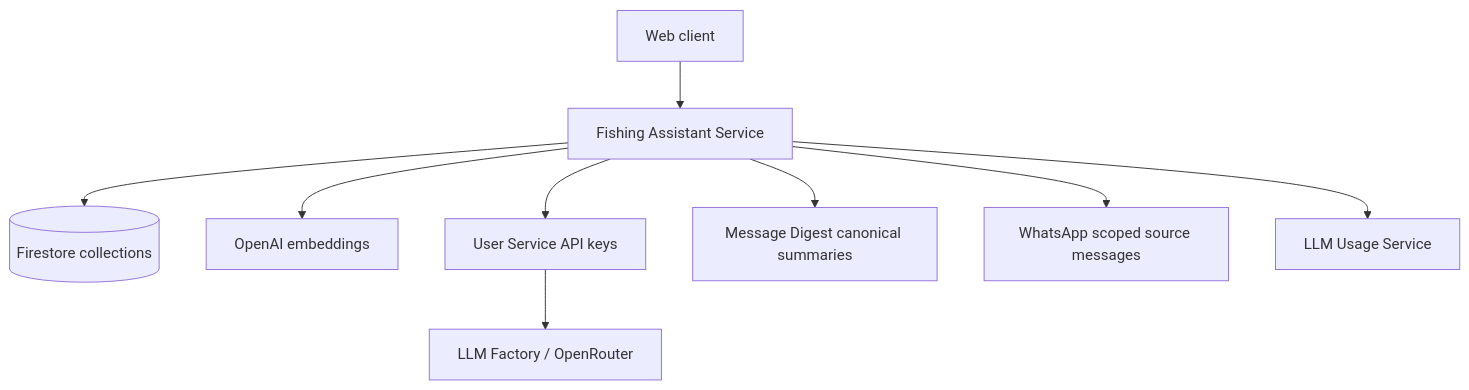
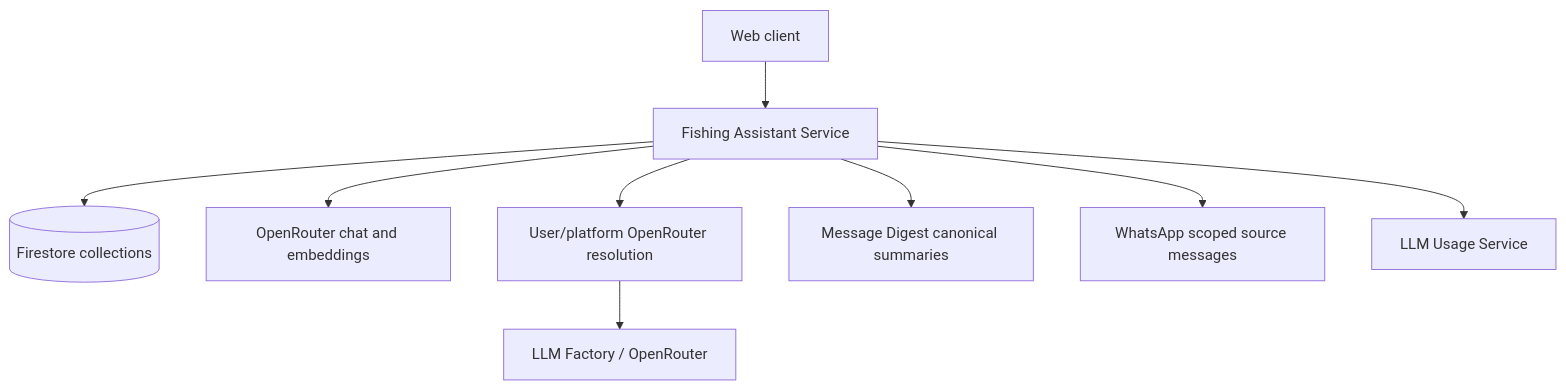
One commit to pbuchman/intexuraos changed the diagram in docs/services/fishing-assistant-service/technical.md. Above: the diagram before and after it, drawn with Mermaid. The commit also changed other lines of this file and 212 other files, not shown here.

Commit message:
feat: route AI access through OpenRouter

````diff
--- a/docs/services/fishing-assistant-service/technical.md
+++ b/docs/services/fishing-assistant-service/technical.md
@@ -9,11 +9,11 @@
 ```mermaid
 graph TD
     Web[Web client] --> Service[Fishing Assistant Service]
     Service --> Firestore[(Firestore collections)]
-    Service --> OpenAI[OpenAI embeddings]
-    Service --> UserService[User Service API keys]
+    Service --> OpenRouter[OpenRouter chat and embeddings]
+    Service --> UserService[User/platform OpenRouter resolution]
     Service --> MessageDigest[Message Digest canonical summaries]
     Service --> WhatsApp[WhatsApp scoped source messages]
     Service --> LlmUsage[LLM Usage Service]
     UserService --> LlmFactory[LLM Factory / OpenRouter]
 ```
````
